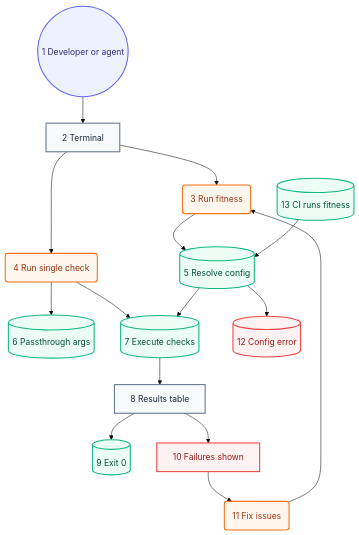
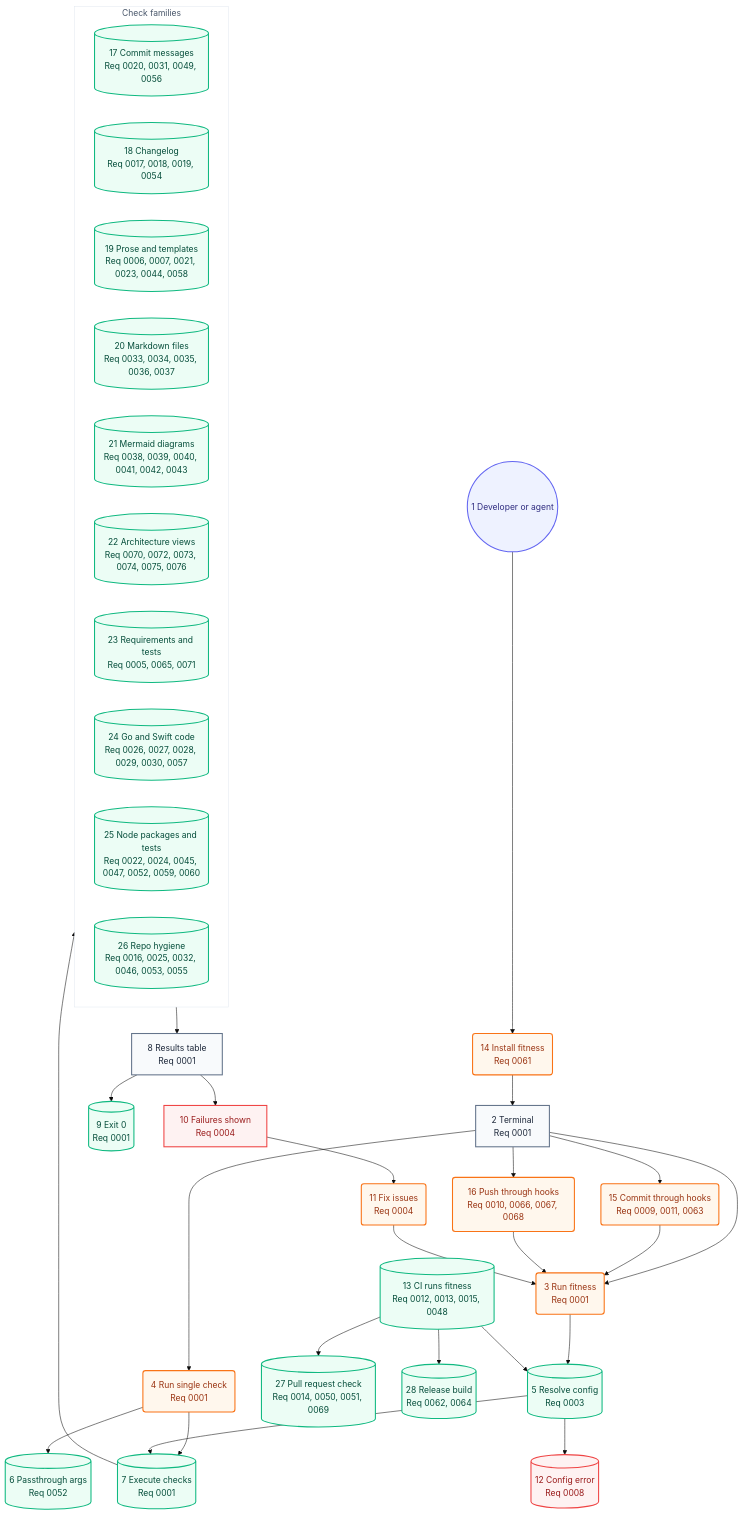
Before and after one commit to may-journal/fitness-runner: the second of 2 diagrams in docs/architecture/05-user-journey.md, drawn with Mermaid (base theme). The commit also changed other lines of this file and 10 other files, not shown here.

First line of the commit message:
fix(architecture): name requirement IDs in the journey diagram itself

````diff
--- a/docs/architecture/05-user-journey.md
+++ b/docs/architecture/05-user-journey.md
@@ -37,37 +39,66 @@
 ```mermaid
 flowchart TB
     dev((1 Developer or agent)):::persona
-    terminal[2 Terminal]:::screen
-    runFull(3 Run fitness):::action
-    runSingle(4 Run single check):::action
-    resolveConfig[(5 Resolve config)]:::system
-    passArgs[(6 Passthrough args)]:::system
-    executeChecks[(7 Execute checks)]:::system
-    resultsTable[8 Results table]:::screen
-    exitZero[(9 Exit 0)]:::system
-    failuresShown[10 Failures shown]:::blocked
-    fixIssues(11 Fix issues):::action
-    configError[(12 Config error)]:::blocked
-    ciRun[(13 CI runs fitness)]:::system
+    install(14 Install fitness<br/>Req 0061):::action
+    terminal[2 Terminal<br/>Req 0001]:::screen
+    runFull(3 Run fitness<br/>Req 0001):::action
+    runSingle(4 Run single check<br/>Req 0001):::action
+    commitHook(15 Commit through hooks<br/>Req 0009, 0011, 0063):::action
+    pushHook(16 Push through hooks<br/>Req 0010, 0066, 0067, 0068):::action
+    resolveConfig[(5 Resolve config<br/>Req 0003)]:::system
+    passArgs[(6 Passthrough args<br/>Req 0052)]:::system
+    executeChecks[(7 Execute checks<br/>Req 0001)]:::system
 
-    dev --> terminal
+    subgraph checks["Check families"]
+        commitChecks[(17 Commit messages<br/>Req 0020, 0031, 0049, 0056)]:::system
+        changelogChecks[(18 Changelog<br/>Req 0017, 0018, 0019, 0054)]:::system
+        proseChecks[(19 Prose and templates<br/>Req 0006, 0007, 0021, 0023, 0044, 0058)]:::system
+        markdownChecks[(20 Markdown files<br/>Req 0033, 0034, 0035, 0036, 0037)]:::system
+        mermaidChecks[(21 Mermaid diagrams<br/>Req 0038, 0039, 0040, 0041, 0042, 0043)]:::system
+        architectureChecks[(22 Architecture views<br/>Req 0070, 0072, 0073, 0074, 0075, 0076)]:::system
+        requirementChecks[(23 Requirements and tests<br/>Req 0005, 0065, 0071)]:::system
+        goSwiftChecks[(24 Go and Swift code<br/>Req 0026, 0027, 0028, 0029, 0030, 0057)]:::system
+        nodeChecks[(25 Node packages and tests<br/>Req 0022, 0024, 0045, 0047, 0052, 0059, 0060)]:::system
+        repoChecks[(26 Repo hygiene<br/>Req 0016, 0025, 0032, 0046, 0053, 0055)]:::system
+    end
+
+    resultsTable[8 Results table<br/>Req 0001]:::screen
+    exitZero[(9 Exit 0<br/>Req 0001)]:::system
+    failuresShown[10 Failures shown<br/>Req 0004]:::blocked
+    fixIssues(11 Fix issues<br/>Req 0004):::action
+    configError[(12 Config error<br/>Req 0008)]:::blocked
+    ciRun[(13 CI runs fitness<br/>Req 0012, 0013, 0015, 0048)]:::system
+    prCheck[(27 Pull request check<br/>Req 0014, 0050, 0051, 0069)]:::system
+    release[(28 Release build<br/>Req 0062, 0064)]:::system
+
+    dev --> install
+    install --> terminal
     terminal --> runFull
     terminal --> runSingle
+    terminal --> commitHook
+    terminal --> pushHook
+    commitHook --> runFull
+    pushHook --> runFull
     runFull --> resolveConfig
     runSingle --> executeChecks
     runSingle --> passArgs
     resolveConfig --> executeChecks
     resolveConfig --> configError
-    executeChecks --> resultsTable
+    executeChecks --> checks
+    checks --> resultsTable
     resultsTable --> exitZero
     resultsTable --> failuresShown
     failuresShown --> fixIssues
     fixIssues --> runFull
     ciRun --> resolveConfig
+    ciRun --> prCheck
+    ciRun --> release
 
     classDef persona fill:#eef2ff,stroke:#6366f1,color:#312e81,stroke-width:2px
     classDef screen fill:#f8fafc,stroke:#64748b,color:#1e293b,stroke-width:2px
     classDef action fill:#fff7ed,stroke:#f97316,color:#9a3412,stroke-width:2px
     classDef system fill:#ecfdf5,stroke:#10b981,color:#064e3b,stroke-width:2px
     classDef blocked fill:#fef2f2,stroke:#ef4444,color:#991b1b,stroke-width:2px
+
+    style checks fill:#ffffff,stroke:#e2e8f0,color:#475569,stroke-width:1px
 ```
````
